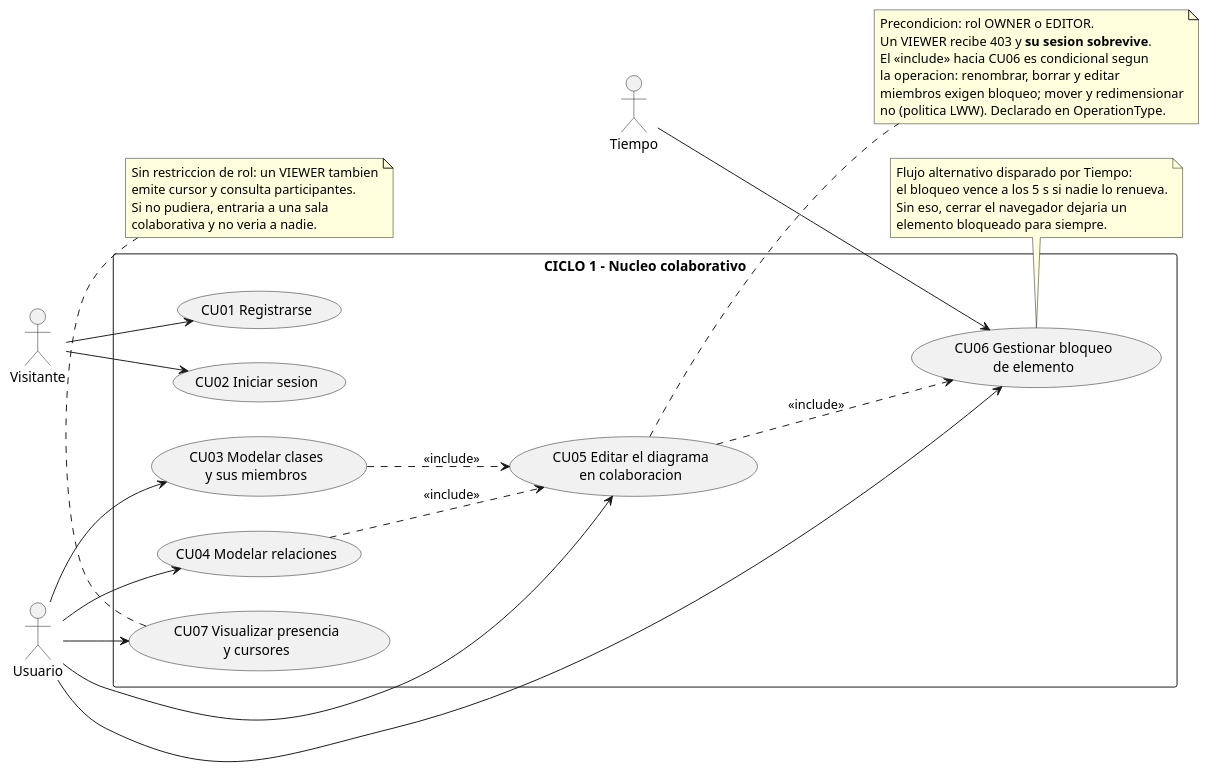
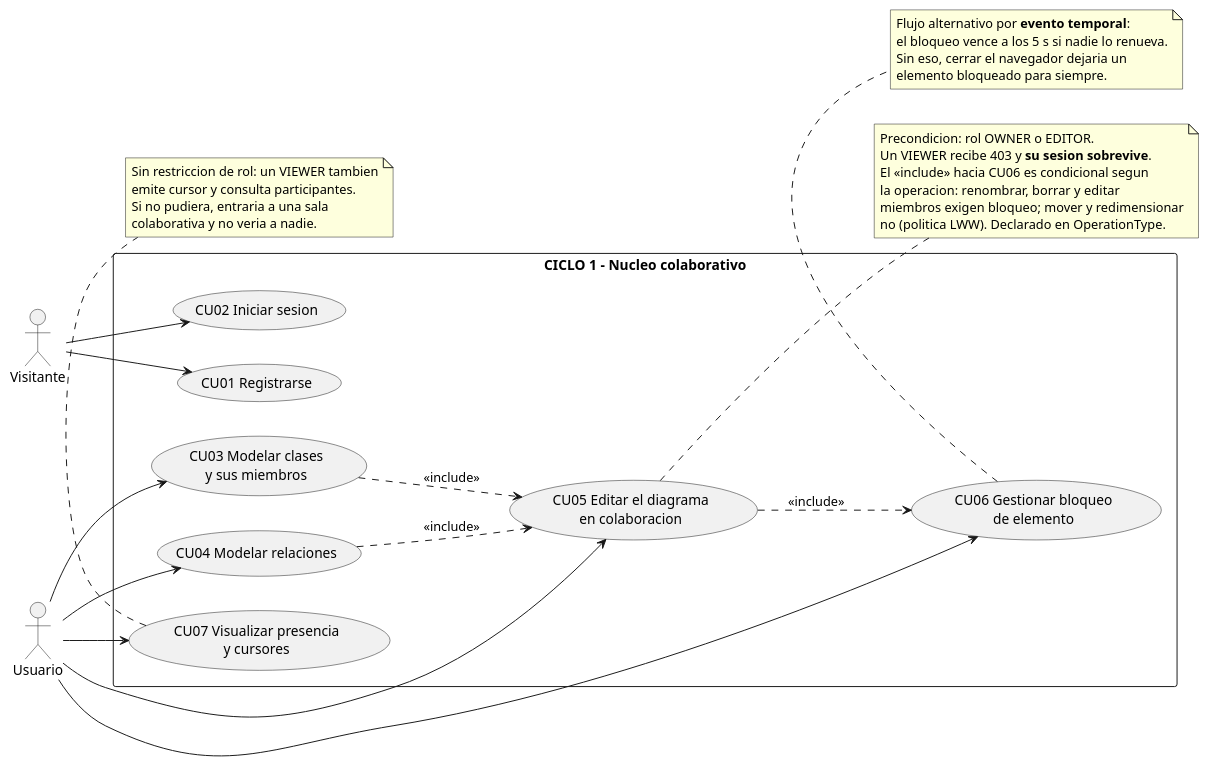
One commit to daniel-ol5/diagramacolaborativo changed the diagram in docs/puds/diagramas/casos-de-uso-ciclo1.puml. Above: the diagram before and after it, drawn with PlantUML. The commit also changed 6 other files, not shown here.

```diff
--- a/docs/puds/diagramas/casos-de-uso-ciclo1.puml
+++ b/docs/puds/diagramas/casos-de-uso-ciclo1.puml
@@ -1,54 +1,52 @@
 @startuml casos-de-uso-ciclo1
 ' CICLO 1 - Nucleo colaborativo
 left to right direction
 
 actor "Visitante" as V
 actor "Usuario" as U
-actor "Tiempo" as T
 
 rectangle "CICLO 1 - Nucleo colaborativo" {
   usecase "CU01 Registrarse" as CU01
   usecase "CU02 Iniciar sesion" as CU02
   usecase "CU03 Modelar clases\ny sus miembros" as CU03
   usecase "CU04 Modelar relaciones" as CU04
   usecase "CU05 Editar el diagrama\nen colaboracion" as CU05
   usecase "CU06 Gestionar bloqueo\nde elemento" as CU06
   usecase "CU07 Visualizar presencia\ny cursores" as CU07
 }
 
 V --> CU01
 V --> CU02
 U --> CU03
 U --> CU04
 U --> CU05
 U --> CU06
-T --> CU06
 U --> CU07
 
 CU03 ..> CU05 : <<include>>
 CU04 ..> CU05 : <<include>>
 CU05 ..> CU06 : <<include>>
 
 note right of CU05
   Precondicion: rol OWNER o EDITOR.
   Un VIEWER recibe 403 y **su sesion sobrevive**.
   El <<include>> hacia CU06 es condicional segun
   la operacion: renombrar, borrar y editar
   miembros exigen bloqueo; mover y redimensionar
   no (politica LWW). Declarado en OperationType.
 end note
 
 note bottom of CU06
-  Flujo alternativo disparado por Tiempo:
+  Flujo alternativo por **evento temporal**:
   el bloqueo vence a los 5 s si nadie lo renueva.
   Sin eso, cerrar el navegador dejaria un
   elemento bloqueado para siempre.
 end note
 
 note bottom of CU07
   Sin restriccion de rol: un VIEWER tambien
   emite cursor y consulta participantes.
   Si no pudiera, entraria a una sala
   colaborativa y no veria a nadie.
 end note
 @enduml
```
